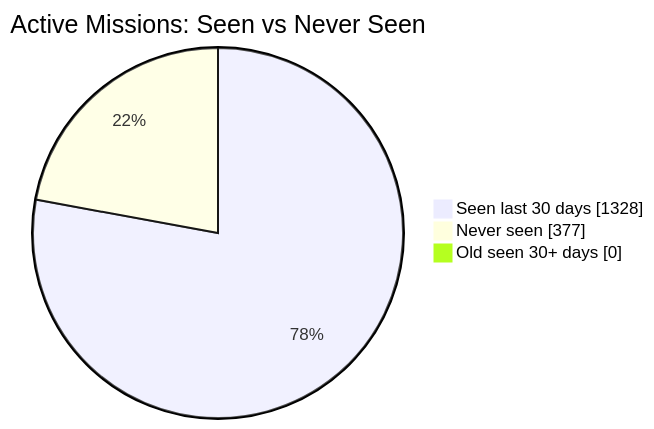
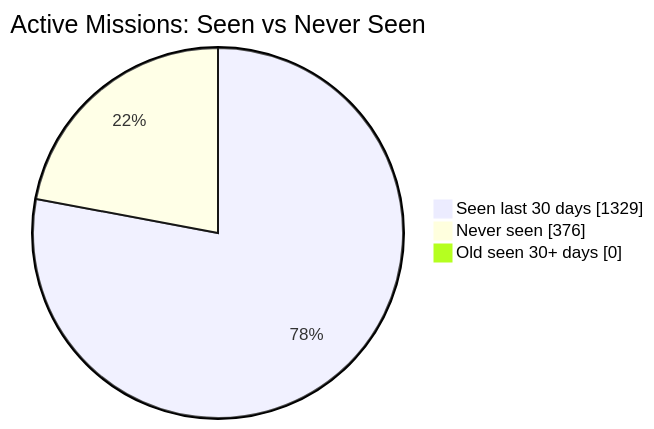
The first of 2 diagrams in README.md (MeldkamerspelGameTeam/active-missions), drawn with Mermaid before and after one commit. The commit also changed other lines of this file and 2 other files, not shown here.

````diff
--- a/README.md
+++ b/README.md
@@ -34,7 +34,7 @@
 ```mermaid
 pie showData
     title Active Missions: Seen vs Never Seen
-    "Seen last 30 days" : 1328
-    "Never seen" : 377
+    "Seen last 30 days" : 1329
+    "Never seen" : 376
     "Old seen 30+ days" : 0
 ```
````
